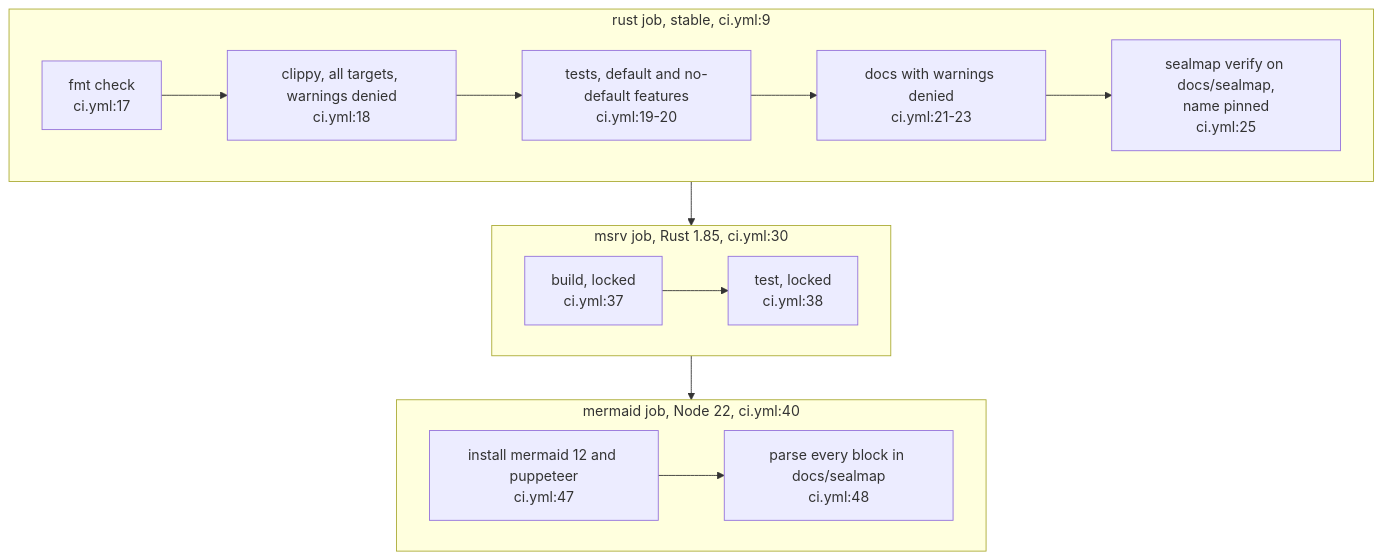
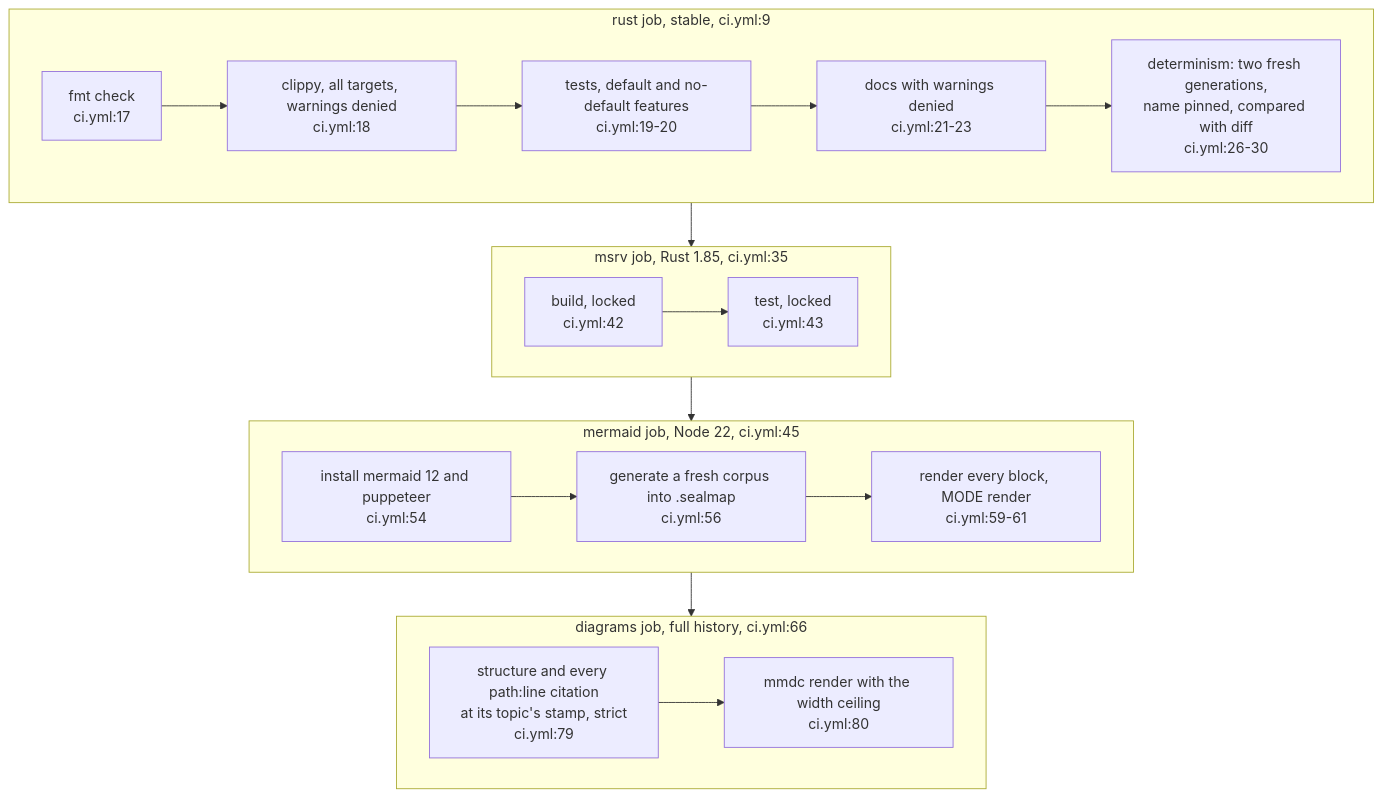
The first of 5 diagrams in docs/diagrams/delivery/01-ci-msrv-and-determinism.md (DreamLab-AI/codemaid), drawn with Mermaid before and after one commit. The commit also changed other lines of this file and 22 other files, not shown here.

First line of the commit message:
docs(diagrams): COR-04 and COR-05 for the seal surface; re-stamp every topic at ae478d9

````diff
--- a/docs/diagrams/delivery/01-ci-msrv-and-determinism.md
+++ b/docs/diagrams/delivery/01-ci-msrv-and-determinism.md
@@ -54,22 +58,28 @@
 ```mermaid
 flowchart TB
     subgraph RUST["rust job, stable, ci.yml:9"]
         R1["fmt check<br/>ci.yml:17"]
         R2["clippy, all targets, warnings denied<br/>ci.yml:18"]
         R3["tests, default and no-default features<br/>ci.yml:19-20"]
         R4["docs with warnings denied<br/>ci.yml:21-23"]
-        R5["sealmap verify on docs/sealmap,<br/>name pinned<br/>ci.yml:25"]
+        R5["determinism: two fresh generations,<br/>name pinned, compared with diff<br/>ci.yml:26-30"]
         R1 --> R2 --> R3 --> R4 --> R5
     end
-    subgraph MSRV["msrv job, Rust 1.85, ci.yml:30"]
-        M1["build, locked<br/>ci.yml:37"]
-        M2["test, locked<br/>ci.yml:38"]
+    subgraph MSRV["msrv job, Rust 1.85, ci.yml:35"]
+        M1["build, locked<br/>ci.yml:42"]
+        M2["test, locked<br/>ci.yml:43"]
         M1 --> M2
     end
-    subgraph MER["mermaid job, Node 22, ci.yml:40"]
-        X1["install mermaid 12 and puppeteer<br/>ci.yml:47"]
-        X2["parse every block in docs/sealmap<br/>ci.yml:48"]
-        X1 --> X2
+    subgraph MER["mermaid job, Node 22, ci.yml:45"]
+        X1["install mermaid 12 and puppeteer<br/>ci.yml:54"]
+        X2["generate a fresh corpus into .sealmap<br/>ci.yml:56"]
+        X3["render every block, MODE render<br/>ci.yml:59-61"]
+        X1 --> X2 --> X3
     end
-    RUST --> MSRV --> MER
+    subgraph DIA["diagrams job, full history, ci.yml:66"]
+        D1["structure and every path:line citation<br/>at its topic's stamp, strict<br/>ci.yml:79"]
+        D2["mmdc render with the width ceiling<br/>ci.yml:80"]
+        D1 --> D2
+    end
+    RUST --> MSRV --> MER --> DIA
 ```
````
